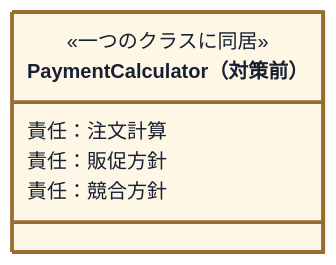
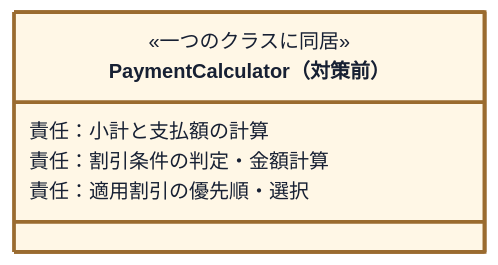
One commit to kumachan1101-pixel/DesignPattern changed the seventh of 18 diagrams in kindle/design-patterns/books/volume01-core-patterns/output/03-chapter01.md. Above: the diagram before and after it, drawn with Mermaid (base theme). The commit also changed other lines of this file and 17 other files, not shown here.

````diff
--- a/kindle/design-patterns/books/volume01-core-patterns/output/03-chapter01.md
+++ b/kindle/design-patterns/books/volume01-core-patterns/output/03-chapter01.md
@@ -1263,13 +1242,13 @@
 ```mermaid
 classDiagram
     %% provisional-role-diagram
     direction TB
     class TrialCalculator["PaymentCalculator（対策前）"]:::current {
         <<一つのクラスに同居>>
-        責任：注文計算
-        責任：販促方針
-        責任：競合方針
+        責任：小計と支払額の計算
+        責任：割引条件の判定・金額計算
+        責任：適用割引の優先順・選択
     }
 
     classDef current fill:#fff7e6,stroke:#9a6b2f,stroke-width:3px,color:#172033;
 ```
````
